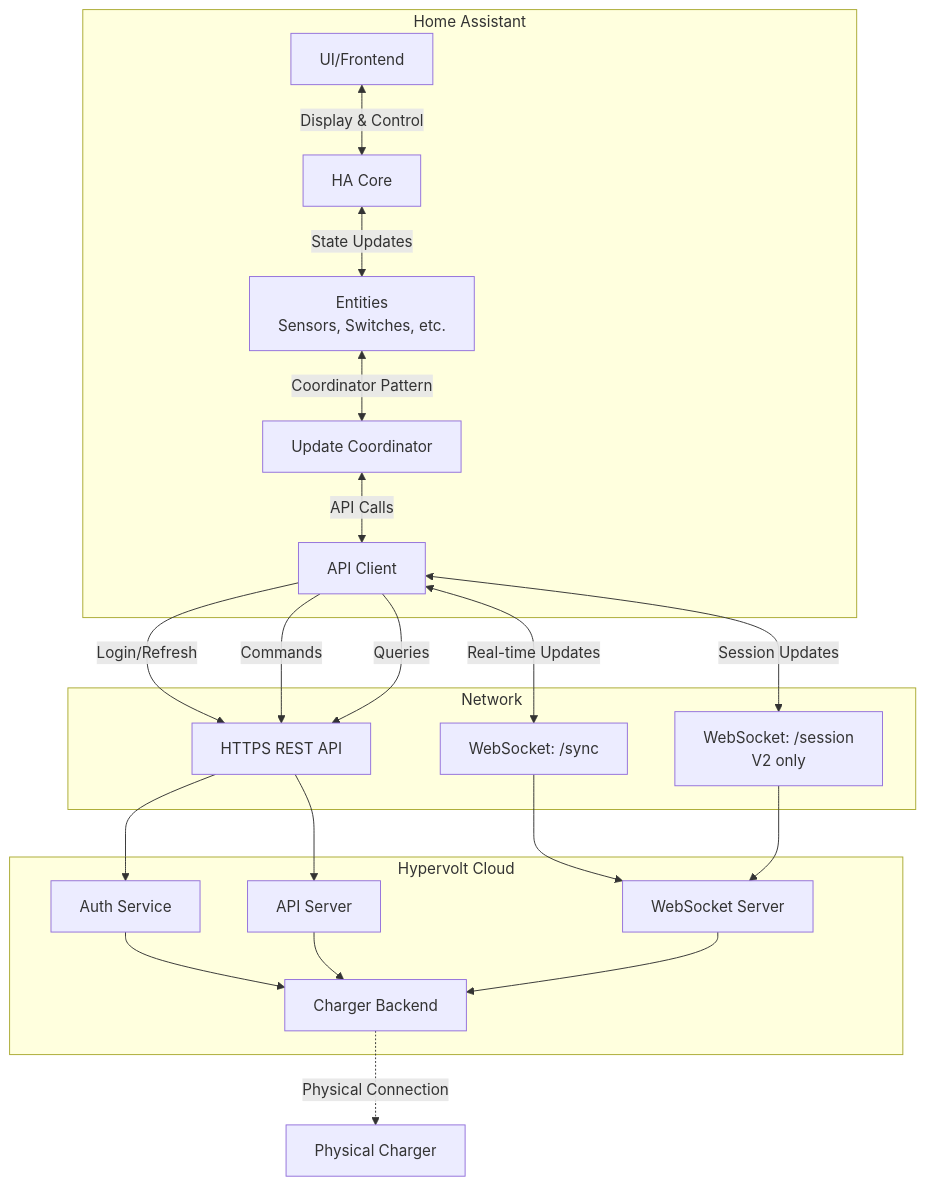
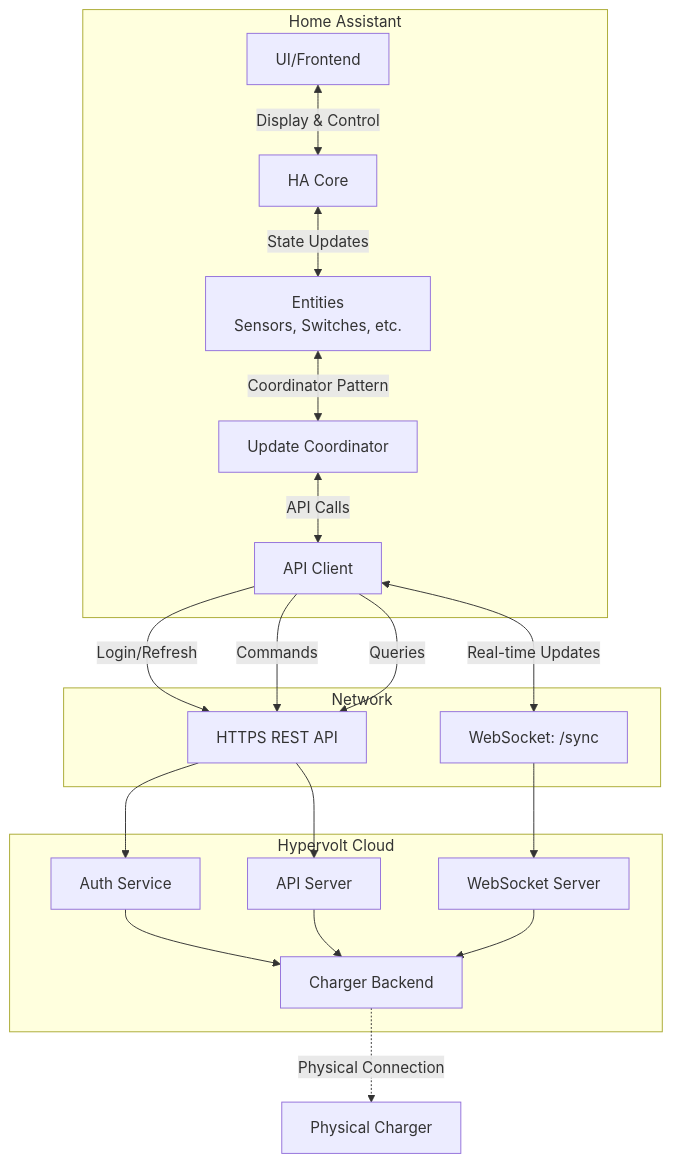
The ninth of 11 diagrams in DEVELOPER.md (gndean/home-assistant-hypervolt-charger), drawn with Mermaid before and after one commit. The commit also changed other lines of this file and 2 other files, not shown here.

First line of the commit message:
Stop opening the /session/in-progress websocket

````diff
--- a/DEVELOPER.md
+++ b/DEVELOPER.md
@@ -709,45 +696,42 @@
 ```mermaid
 graph TB
     subgraph "Home Assistant"
         UI[UI/Frontend]
         Core[HA Core]
         Entities[Entities<br/>Sensors, Switches, etc.]
         Coord[Update Coordinator]
         API[API Client]
     end
 
     subgraph "Network"
         HTTP[HTTPS REST API]
         WS1[WebSocket: /sync]
-        WS2[WebSocket: /session<br/>V2 only]
     end
 
     subgraph "Hypervolt Cloud"
         Auth[Auth Service]
         API_Server[API Server]
         WS_Server[WebSocket Server]
         Charger_Backend[Charger Backend]
     end
 
     UI <-->|Display & Control| Core
     Core <-->|State Updates| Entities
     Entities <-->|Coordinator Pattern| Coord
     Coord <-->|API Calls| API
 
     API -->|Login/Refresh| HTTP
     API -->|Commands| HTTP
     API -->|Queries| HTTP
     API <-->|Real-time Updates| WS1
-    API <-->|Session Updates| WS2
 
     HTTP --> Auth
     HTTP --> API_Server
     WS1 --> WS_Server
-    WS2 --> WS_Server
 
     Auth --> Charger_Backend
     API_Server --> Charger_Backend
     WS_Server --> Charger_Backend
 
     Charger_Backend -.->|Physical Connection| Physical_Charger[Physical Charger]
 ```
````
